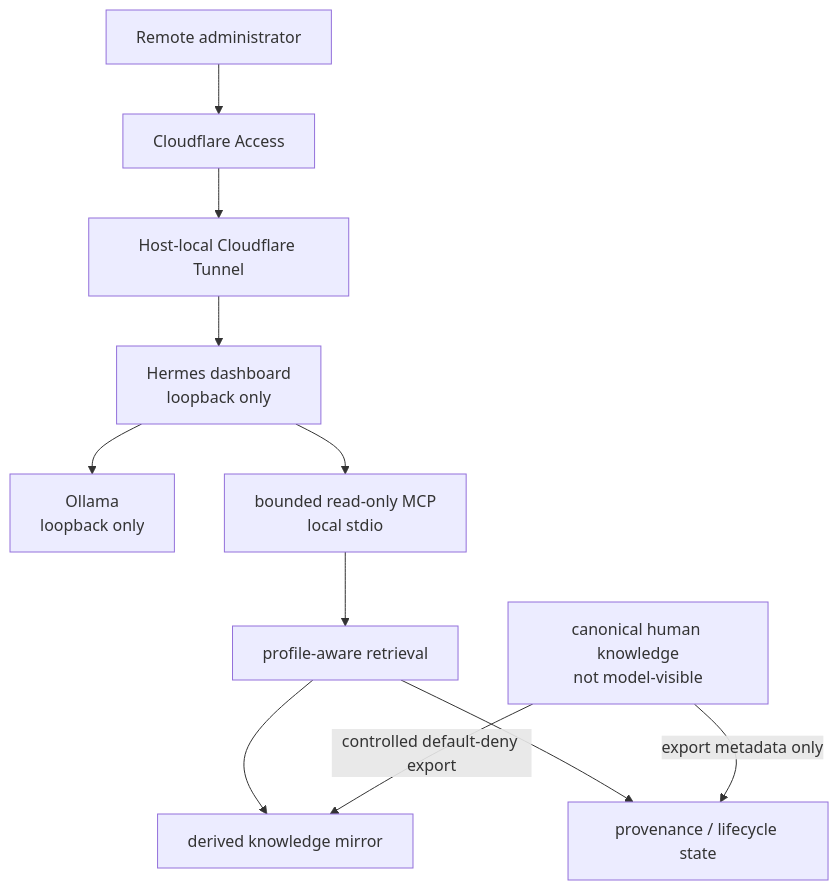
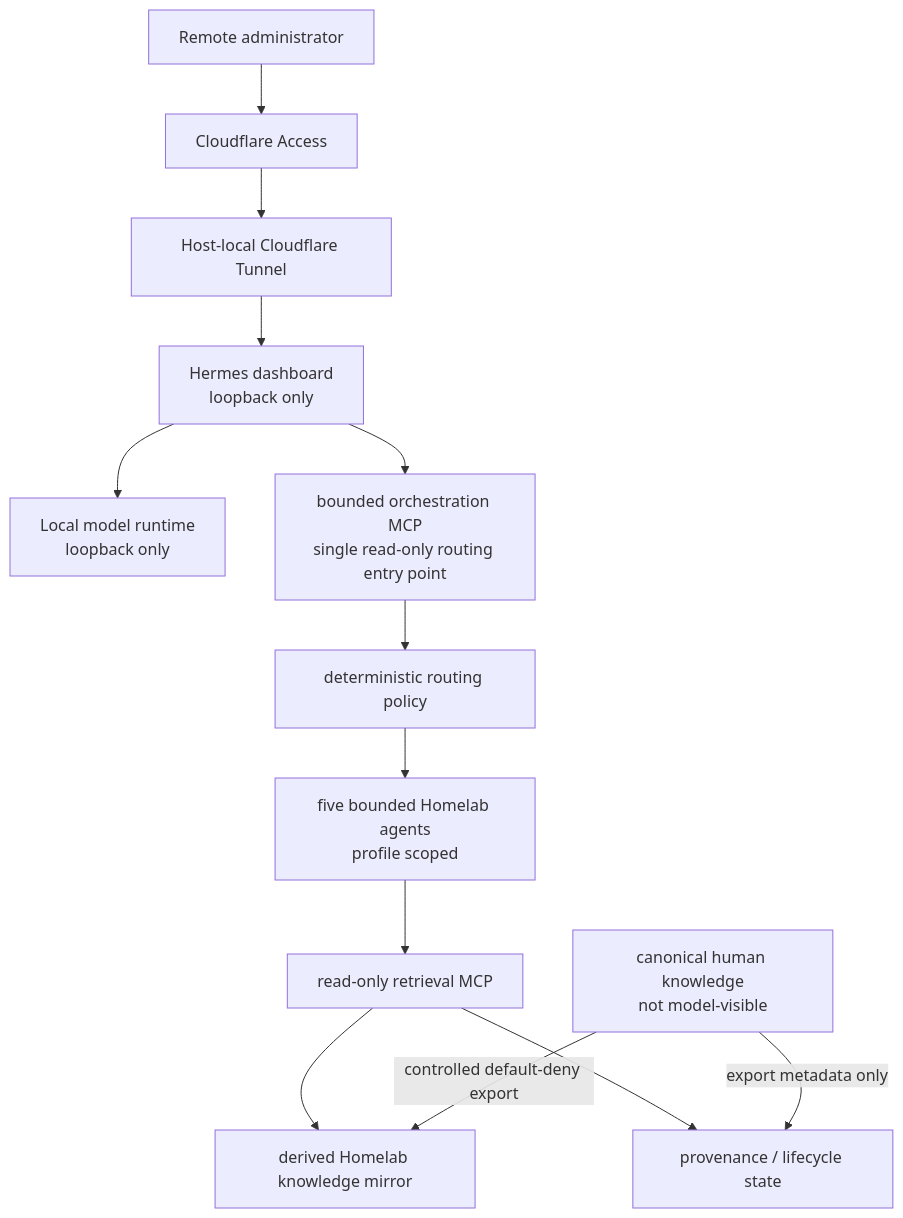
Before and after one commit to TheNuclearUnicorn/Homelab-security-portfolio: the diagram in docs/security/local-ai-security-boundary.md, drawn with Mermaid. The commit also changed other lines of this file and 6 other files, not shown here.

Commit message:
docs: publish bounded Homelab orchestration baseline

````diff
--- a/docs/security/local-ai-security-boundary.md
+++ b/docs/security/local-ai-security-boundary.md
@@ -34,24 +34,28 @@
 ```mermaid
 flowchart TD
     User["Remote administrator"]
     Access["Cloudflare Access"]
     Tunnel["Host-local Cloudflare Tunnel"]
     Dashboard["Hermes dashboard<br/>loopback only"]
-    Model["Ollama<br/>loopback only"]
-    MCP["bounded read-only MCP<br/>local stdio"]
-    Retrieval["profile-aware retrieval"]
-    Mirror["derived knowledge mirror"]
+    Model["Local model runtime<br/>loopback only"]
+    Orchestrator["bounded orchestration MCP<br/>single read-only routing entry point"]
+    Router["deterministic routing policy"]
+    Agents["five bounded Homelab agents<br/>profile scoped"]
+    Retrieval["read-only retrieval MCP"]
+    Mirror["derived Homelab knowledge mirror"]
     Controls["provenance / lifecycle state"]
     Canonical["canonical human knowledge<br/>not model-visible"]
 
     User --> Access
     Access --> Tunnel
     Tunnel --> Dashboard
     Dashboard --> Model
-    Dashboard --> MCP
-    MCP --> Retrieval
+    Dashboard --> Orchestrator
+    Orchestrator --> Router
+    Router --> Agents
+    Agents --> Retrieval
     Retrieval --> Mirror
     Retrieval --> Controls
     Canonical -->|"controlled default-deny export"| Mirror
     Canonical -->|"export metadata only"| Controls
 ```
````
